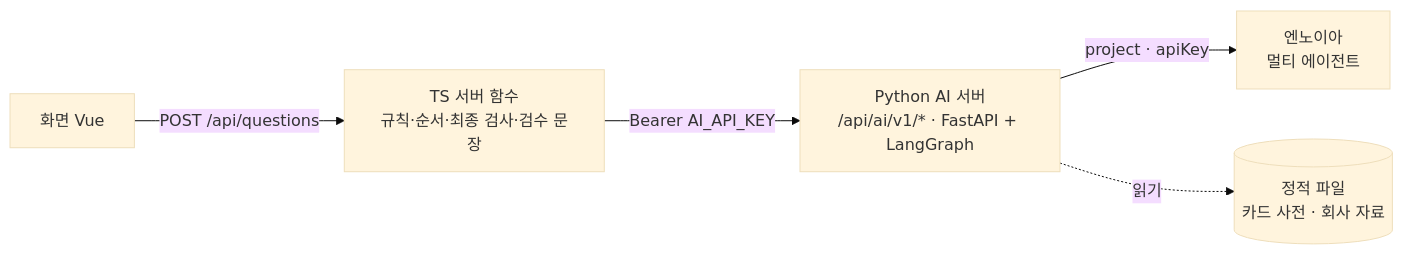
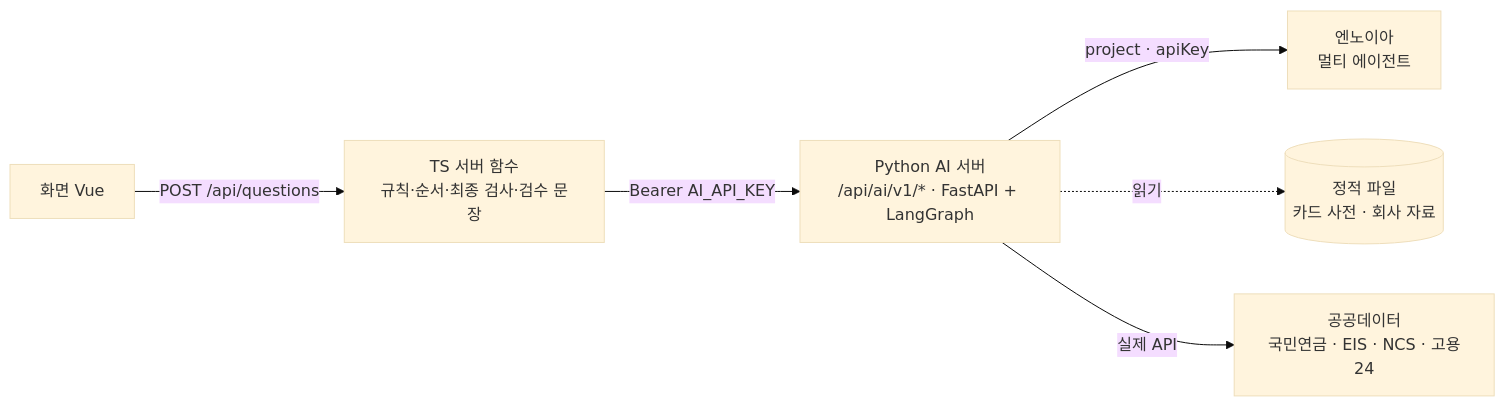
One commit to zazasj/askback24 changed the first of 9 diagrams in docs/ai_agent/에이전트 설계 확정.md. Above: the diagram before and after it, drawn with Mermaid (base theme). The commit also changed other lines of this file and 6 other files, not shown here.

First line of the commit message:
[Docs] 실제 공공데이터 API 사용과 회사 신호 시연 매핑 설계 반영 (D-317~D-326)

````diff
--- a/docs/ai_agent/에이전트 설계 확정.md
+++ b/docs/ai_agent/에이전트 설계 확정.md
@@ -7,7 +7,8 @@
 ```mermaid
 flowchart LR
     UI[화면 Vue] -->|POST /api/questions| TS[TS 서버 함수<br/>규칙·순서·최종 검사·검수 문장]
     TS -->|Bearer AI_API_KEY| PY[Python AI 서버<br/>/api/ai/v1/* · FastAPI + LangGraph]
     PY -->|project · apiKey| EN[엔노이아<br/>멀티 에이전트]
     PY -.읽기.-> DATA[(정적 파일<br/>카드 사전 · 회사 자료)]
+    PY -->|실제 API| PUB[공공데이터<br/>국민연금 · EIS · NCS · 고용24]
 ```
````
